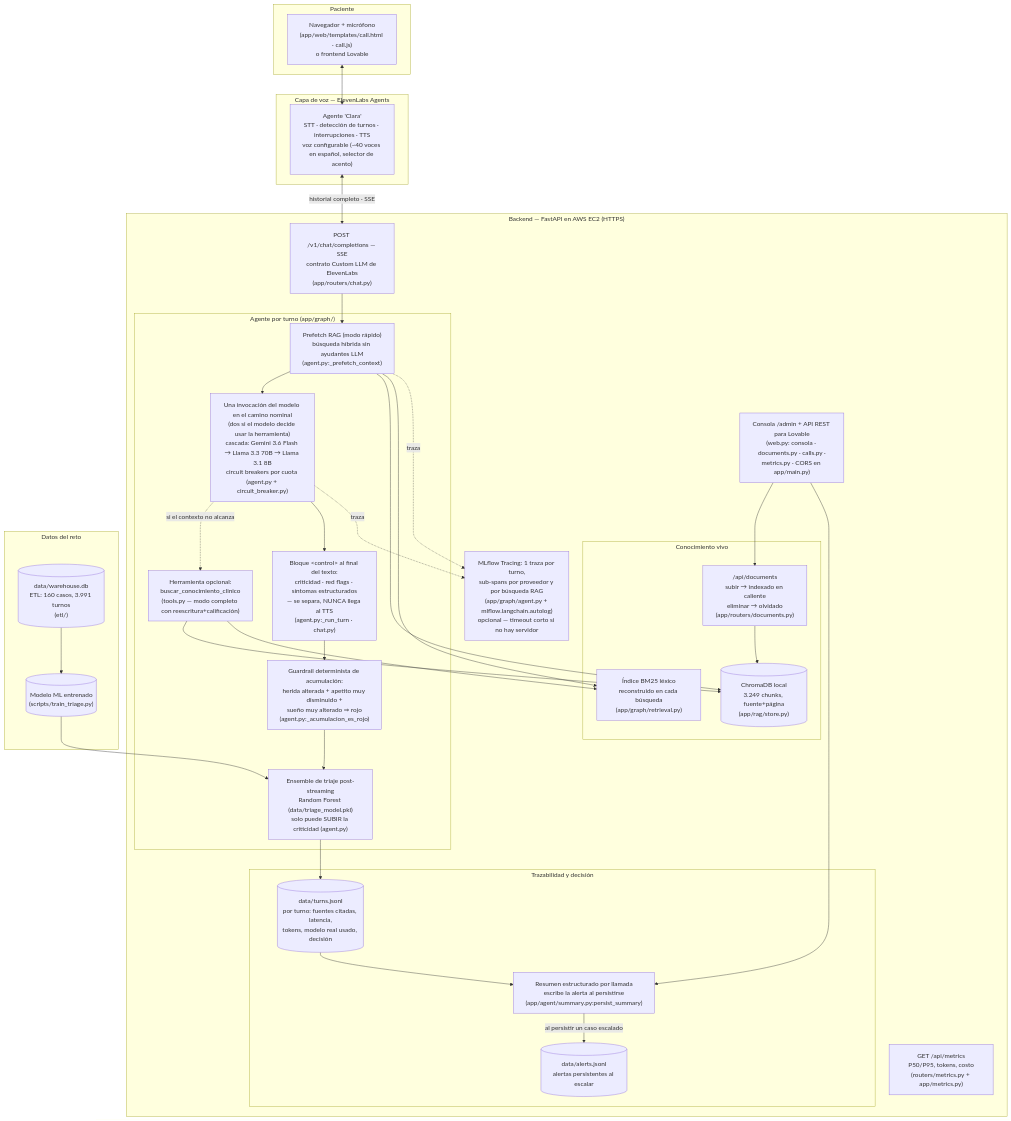
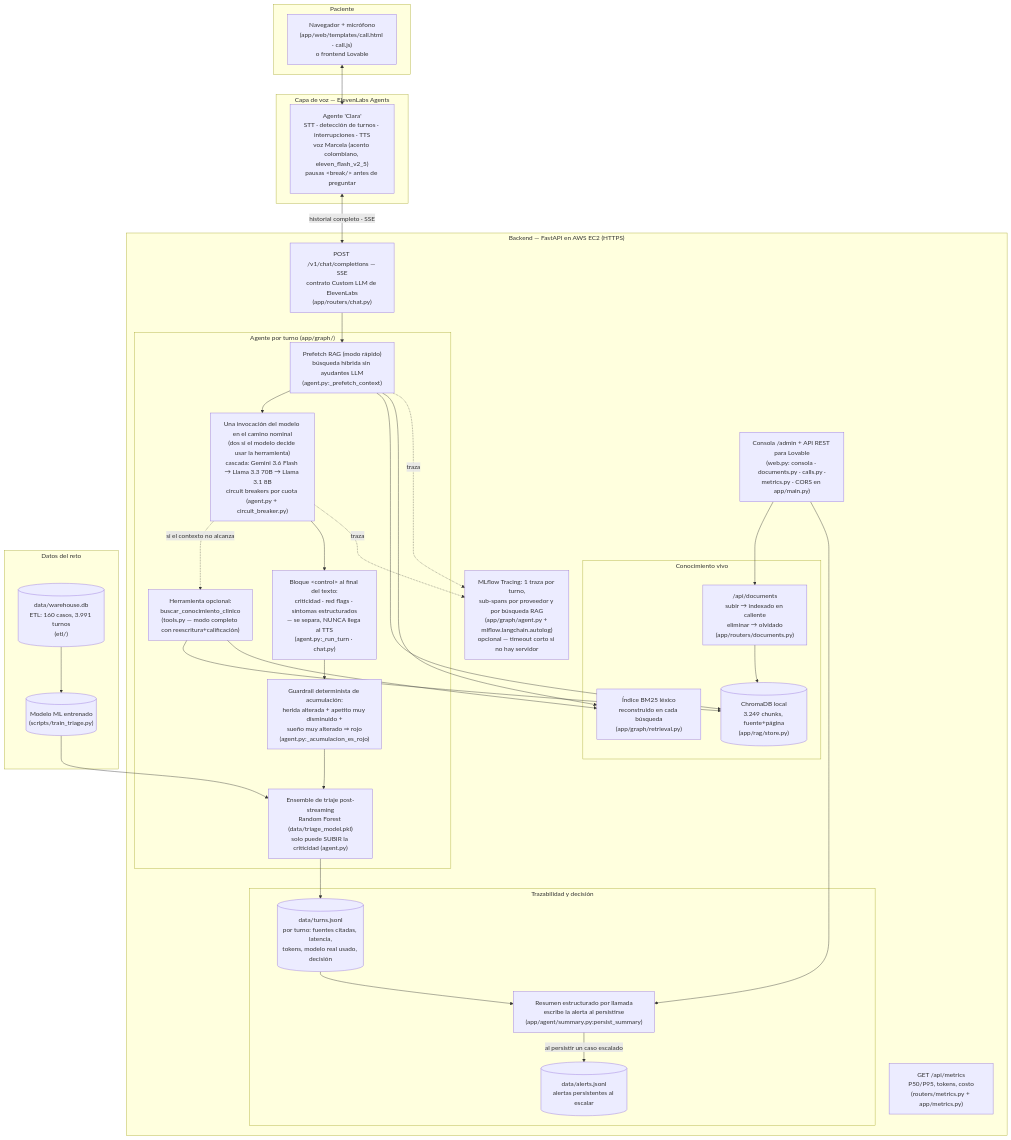
Before and after one commit to NatoRemolina/postop-voice-agent: the first of 3 diagrams in docs/entregables/diagrama.md, drawn with Mermaid. The commit also changed 3 other files, not shown here.

Commit message:
Fijar Marcela (acento colombiano) como voz única del agente y retirar el selector: el paciente objetivo es colombiano y una sola voz hace la demo reproducible

````diff
--- a/docs/entregables/diagrama.md
+++ b/docs/entregables/diagrama.md
@@ -9,63 +9,63 @@
 ```mermaid
 flowchart TB
     subgraph paciente["Paciente"]
         MIC["Navegador + micrófono<br/>(app/web/templates/call.html · call.js)<br/>o frontend Lovable"]
     end
 
     subgraph voz["Capa de voz — ElevenLabs Agents"]
-        EL["Agente 'Clara'<br/>STT · detección de turnos · interrupciones · TTS<br/>voz configurable (~40 voces en español, selector de acento)"]
+        EL["Agente 'Clara'<br/>STT · detección de turnos · interrupciones · TTS<br/>voz Marcela (acento colombiano, eleven_flash_v2_5)<br/>pausas &lt;break/&gt; antes de preguntar"]
     end
 
     subgraph backend["Backend — FastAPI en AWS EC2 (HTTPS)"]
         CHAT["POST /v1/chat/completions — SSE<br/>contrato Custom LLM de ElevenLabs<br/>(app/routers/chat.py)"]
 
         subgraph agente["Agente por turno (app/graph/)"]
             PRE["Prefetch RAG (modo rápido)<br/>búsqueda híbrida sin ayudantes LLM<br/>(agent.py:_prefetch_context)"]
             LLM["Una invocación del modelo en el camino nominal<br/>(dos si el modelo decide usar la herramienta)<br/>cascada: Gemini 3.6 Flash → Llama 3.3 70B → Llama 3.1 8B<br/>circuit breakers por cuota (agent.py + circuit_breaker.py)"]
             TOOL["Herramienta opcional:<br/>buscar_conocimiento_clinico<br/>(tools.py — modo completo con reescritura+calificación)"]
             CTRL["Bloque &lt;control&gt; al final del texto:<br/>criticidad · red flags · síntomas estructurados<br/>— se separa, NUNCA llega al TTS<br/>(agent.py:_run_turn · chat.py)"]
             ML["Ensemble de triaje post-streaming<br/>Random Forest (data/triage_model.pkl)<br/>solo puede SUBIR la criticidad (agent.py)"]
             ACUM["Guardrail determinista de acumulación:<br/>herida alterada + apetito muy disminuido +<br/>sueño muy alterado ⇒ rojo<br/>(agent.py:_acumulacion_es_rojo)"]
         end
 
         subgraph conocimiento["Conocimiento vivo"]
             CHROMA[("ChromaDB local<br/>3.249 chunks, fuente+página<br/>(app/rag/store.py)")]
             BM25["Índice BM25 léxico<br/>reconstruido en cada búsqueda<br/>(app/graph/retrieval.py)"]
             DOCS["/api/documents<br/>subir → indexado en caliente<br/>eliminar → olvidado<br/>(app/routers/documents.py)"]
         end
 
         subgraph registro["Trazabilidad y decisión"]
             TURNS[("data/turns.jsonl<br/>por turno: fuentes citadas, latencia,<br/>tokens, modelo real usado, decisión")]
             ALERTS[("data/alerts.jsonl<br/>alertas persistentes al escalar")]
             SUMM["Resumen estructurado por llamada<br/>escribe la alerta al persistirse<br/>(app/agent/summary.py:persist_summary)"]
         end
 
         ADMIN["Consola /admin + API REST para Lovable<br/>(web.py: consola · documents.py · calls.py ·<br/>metrics.py · CORS en app/main.py)"]
         METRICS["GET /api/metrics<br/>P50/P95, tokens, costo<br/>(routers/metrics.py + app/metrics.py)"]
         MLF["MLflow Tracing: 1 traza por turno,<br/>sub-spans por proveedor y por búsqueda RAG<br/>(app/graph/agent.py + mlflow.langchain.autolog)<br/>opcional — timeout corto si no hay servidor"]
     end
 
     subgraph datos["Datos del reto"]
         WH[("data/warehouse.db<br/>ETL: 160 casos, 3.991 turnos<br/>(etl/)")]
         PKL[("Modelo ML entrenado<br/>(scripts/train_triage.py)")]
     end
 
     MIC <--> EL
     EL <-->|"historial completo · SSE"| CHAT
     CHAT --> PRE --> LLM
     LLM -.->|"si el contexto no alcanza"| TOOL
     TOOL --> CHROMA
     TOOL --> BM25
     PRE --> CHROMA
     PRE --> BM25
     LLM --> CTRL --> ACUM --> ML
     ML --> TURNS
     TURNS --> SUMM
     SUMM -->|"al persistir un caso escalado"| ALERTS
     DOCS --> CHROMA
     ADMIN --> DOCS
     ADMIN --> SUMM
     WH --> PKL --> ML
     PRE -.->|"traza"| MLF
     LLM -.->|"traza"| MLF
 ```
````
